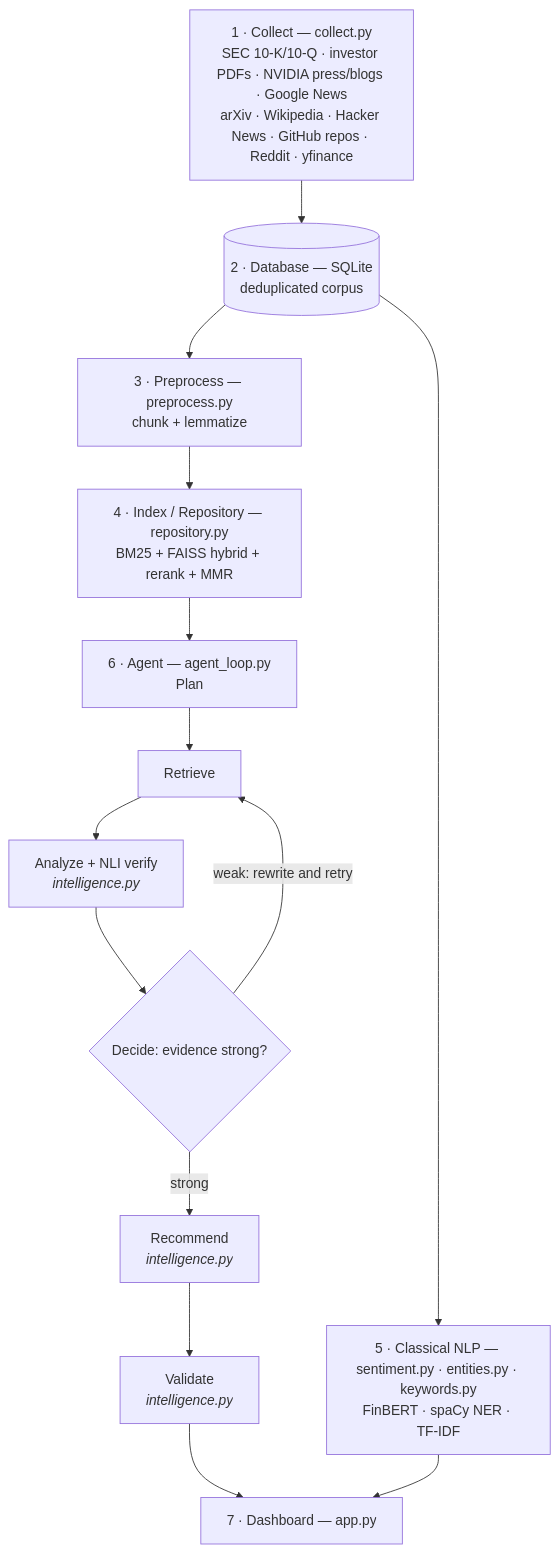
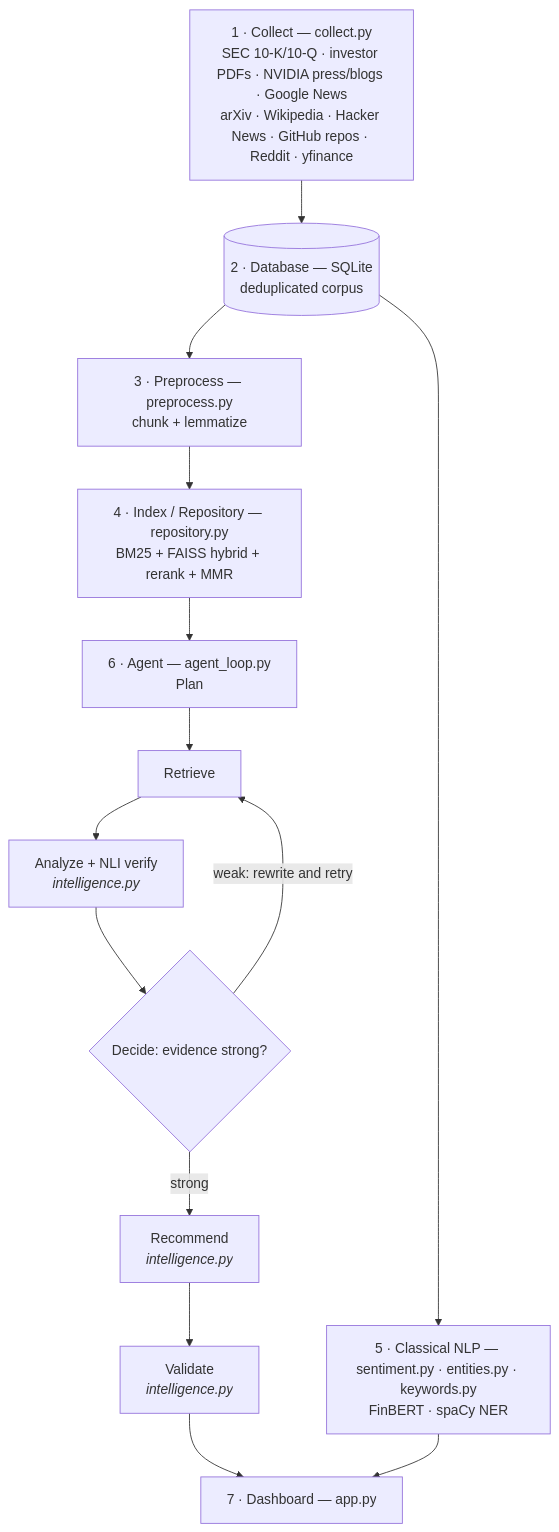
One commit to AnushkaSDBI/NVIDIA-CEO-AGENT changed the diagram in README.md. Above: the diagram before and after it, drawn with Mermaid.

Commit message:
# Updated architecture diagram

````diff
--- a/README.md
+++ b/README.md
@@ -101,19 +101,19 @@
 ```mermaid
 flowchart TD
     SRC["1 · Collect — collect.py<br/>SEC 10-K/10-Q · investor PDFs · NVIDIA press/blogs · Google News<br/>arXiv · Wikipedia · Hacker News · GitHub repos · Reddit · yfinance"]
     SRC --> DB[("2 · Database — SQLite<br/>deduplicated corpus")]
     DB --> PRE["3 · Preprocess — preprocess.py<br/>chunk + lemmatize"]
     PRE --> IDX["4 · Index / Repository — repository.py<br/>BM25 + FAISS hybrid + rerank + MMR"]
-    DB --> NLP["5 · Classical NLP — sentiment.py · entities.py · keywords.py<br/>FinBERT · spaCy NER · TF-IDF"]
+    DB --> NLP["5 · Classical NLP — sentiment.py · entities.py · keywords.py<br/>FinBERT · spaCy NER"]
 
     IDX --> PLAN["6 · Agent — agent_loop.py <br/>Plan"]
     PLAN --> RET["Retrieve"]
     RET --> ANA["Analyze + NLI verify<br/><i>intelligence.py</i>"]
     ANA --> DEC{"Decide: evidence strong?"}
     DEC -->|weak: rewrite and retry| RET
     DEC -->|strong| REC["Recommend<br/><i>intelligence.py</i>"]
     REC --> VAL["Validate<br/><i>intelligence.py</i>"]
 
     VAL --> APP["7 · Dashboard — app.py"]
     NLP --> APP
 ```
````
